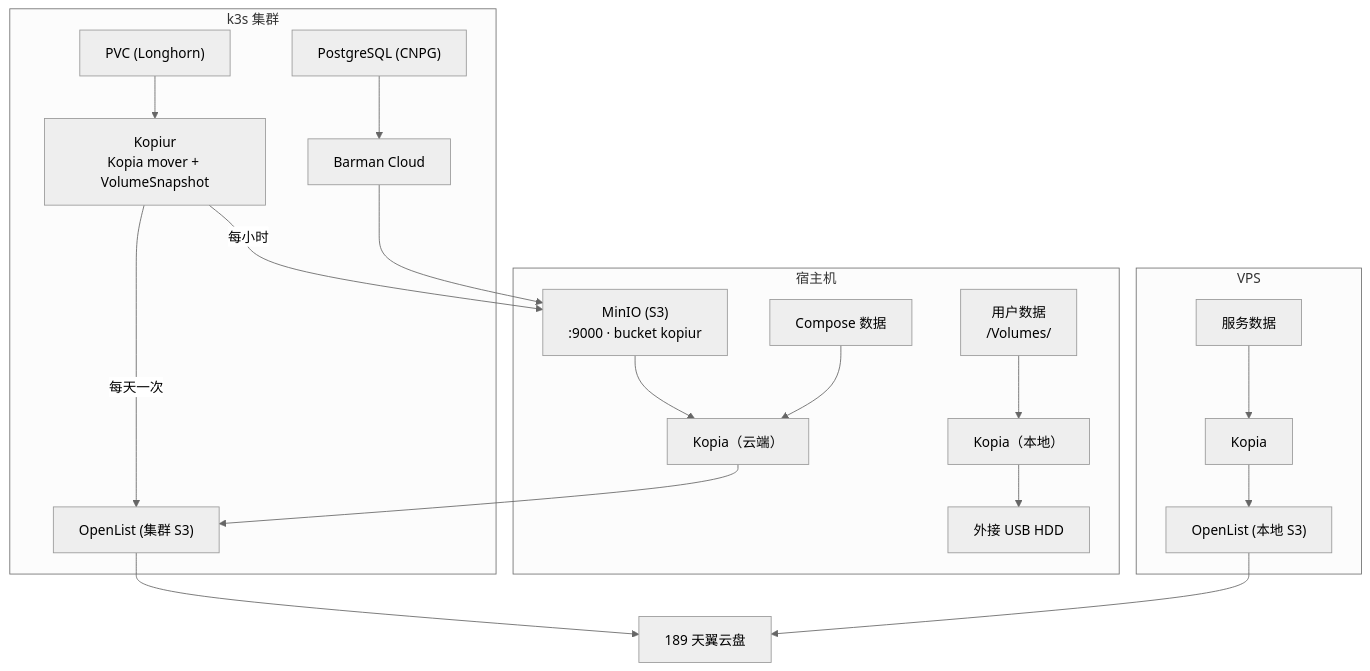
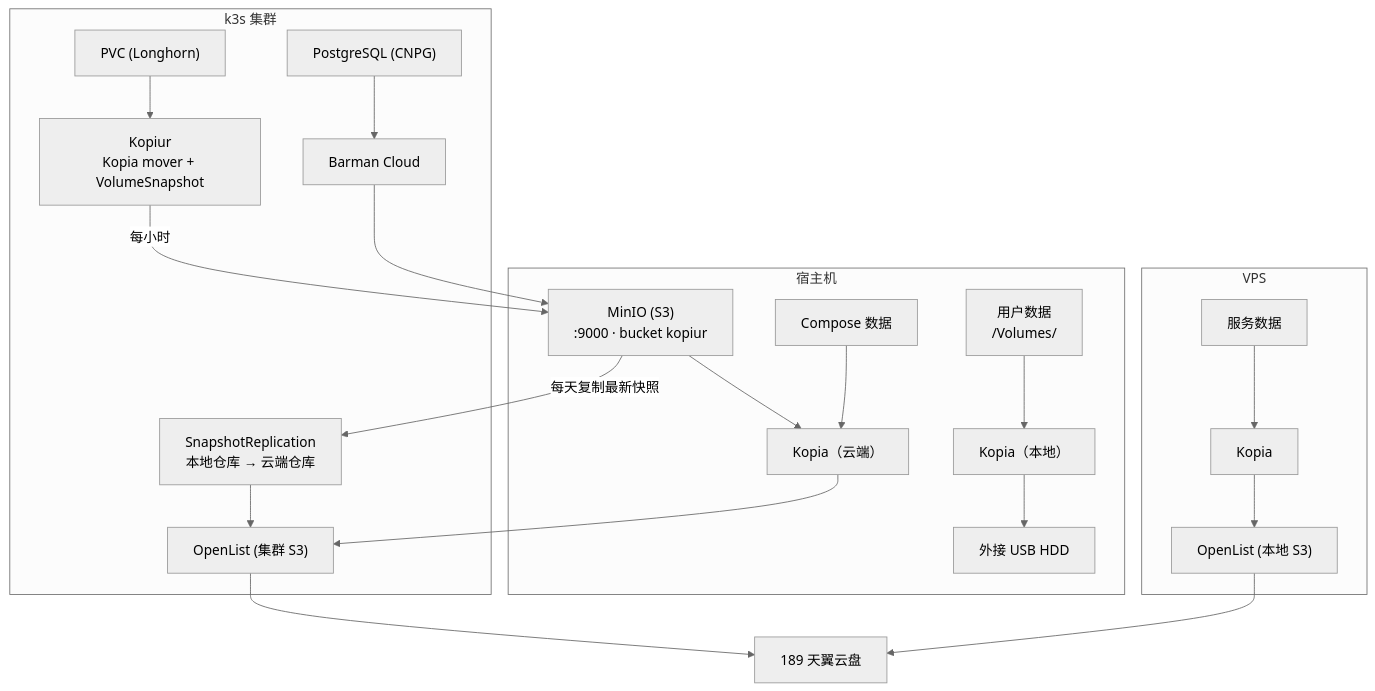
The seventh of 8 diagrams in docs/ARCHITECTURE.md (shelken/home-ops), drawn with Mermaid (neutral theme) before and after one commit. The commit also changed other lines of this file and 9 other files, not shown here.

First line of the commit message:
refactor(kopiur): 云端异地副本改用 SnapshotReplication 集中复制 (#1698)

````diff
--- a/docs/ARCHITECTURE.md
+++ b/docs/ARCHITECTURE.md
@@ -439,45 +439,47 @@
 ```mermaid
 graph TB
     subgraph K8S["k3s 集群"]
         PVC["PVC (Longhorn)"]
         PG["PostgreSQL (CNPG)"]
         Kopiur["Kopiur<br/>Kopia mover + VolumeSnapshot"]
+        Replicate["SnapshotReplication<br/>本地仓库 → 云端仓库"]
         Barman["Barman Cloud"]
         Cluster_OpenList["OpenList (集群 S3)"]
     end
 
     subgraph SAKA_BACKUP["宿主机"]
         MinIO["MinIO (S3)<br/>:9000 · bucket kopiur"]
         COMPOSE_Data["Compose 数据"]
         USER_Data["用户数据<br/>/Volumes/<USER_DATA>"]
         SAKA_Kopia["Kopia（云端）"]
         SAKA_Kopia_Local["Kopia（本地）"]
         USB_HDD["外接 USB HDD"]
     end
 
     subgraph VPS_BACKUP["VPS"]
         VPS_Data["服务数据"]
         VPS_Kopia["Kopia"]
         VPS_OpenList["OpenList (本地 S3)"]
     end
 
     Cloud["189 天翼云盘"]
 
     PVC --> Kopiur
     PG --> Barman
     Kopiur -->|"每小时"| MinIO
-    Kopiur -->|"每天一次"| Cluster_OpenList
+    MinIO -->|"每天复制最新快照"| Replicate
+    Replicate --> Cluster_OpenList
     Barman --> MinIO
 
     MinIO --> SAKA_Kopia
     COMPOSE_Data --> SAKA_Kopia
     SAKA_Kopia --> Cluster_OpenList
     Cluster_OpenList --> Cloud
 
     USER_Data --> SAKA_Kopia_Local
     SAKA_Kopia_Local --> USB_HDD
 
     VPS_Data --> VPS_Kopia
     VPS_Kopia --> VPS_OpenList
     VPS_OpenList --> Cloud
 ```
````
